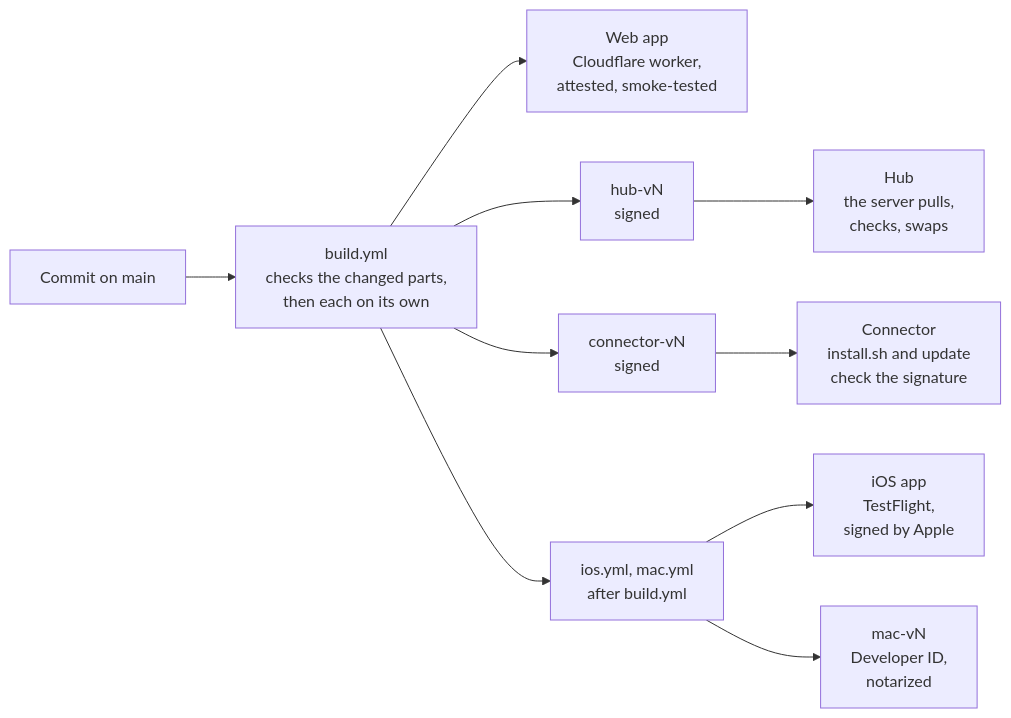
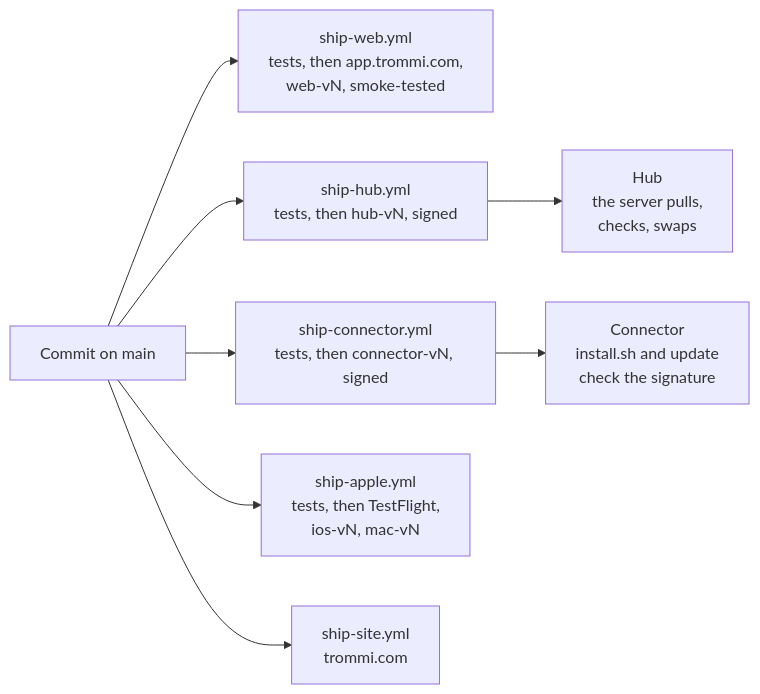
The fifth of 6 diagrams in README.md (chriopter/trommi), drawn with Mermaid before and after one commit. The commit also changed other lines of this file and 52 other files, not shown here.

````diff
--- a/README.md
+++ b/README.md
@@ -241,10 +241,8 @@
 ```mermaid
 flowchart LR
-  commit["Commit on main"] --> build["build.yml<br/>checks the changed parts,<br/>then each on its own"]
-  build --> web["Web app<br/>Cloudflare worker,<br/>attested, smoke-tested"]
-  build --> hubrel["hub-vN<br/>signed"] --> hub["Hub<br/>the server pulls,<br/>checks, swaps"]
-  build --> connrel["connector-vN<br/>signed"] --> conn["Connector<br/>install.sh and update<br/>check the signature"]
-  build --> iosci["ios.yml, mac.yml<br/>after build.yml"]
-  iosci --> ios["iOS app<br/>TestFlight,<br/>signed by Apple"]
-  iosci --> mac["mac-vN<br/>Developer ID,<br/>notarized"]
+  commit["Commit on main"] --> web["ship-web.yml<br/>tests, then app.trommi.com,<br/>web-vN, smoke-tested"]
+  commit --> hubrel["ship-hub.yml<br/>tests, then hub-vN, signed"] --> hub["Hub<br/>the server pulls,<br/>checks, swaps"]
+  commit --> connrel["ship-connector.yml<br/>tests, then connector-vN, signed"] --> conn["Connector<br/>install.sh and update<br/>check the signature"]
+  commit --> apple["ship-apple.yml<br/>tests, then TestFlight,<br/>ios-vN, mac-vN"]
+  commit --> site["ship-site.yml<br/>trommi.com"]
 ```
````
